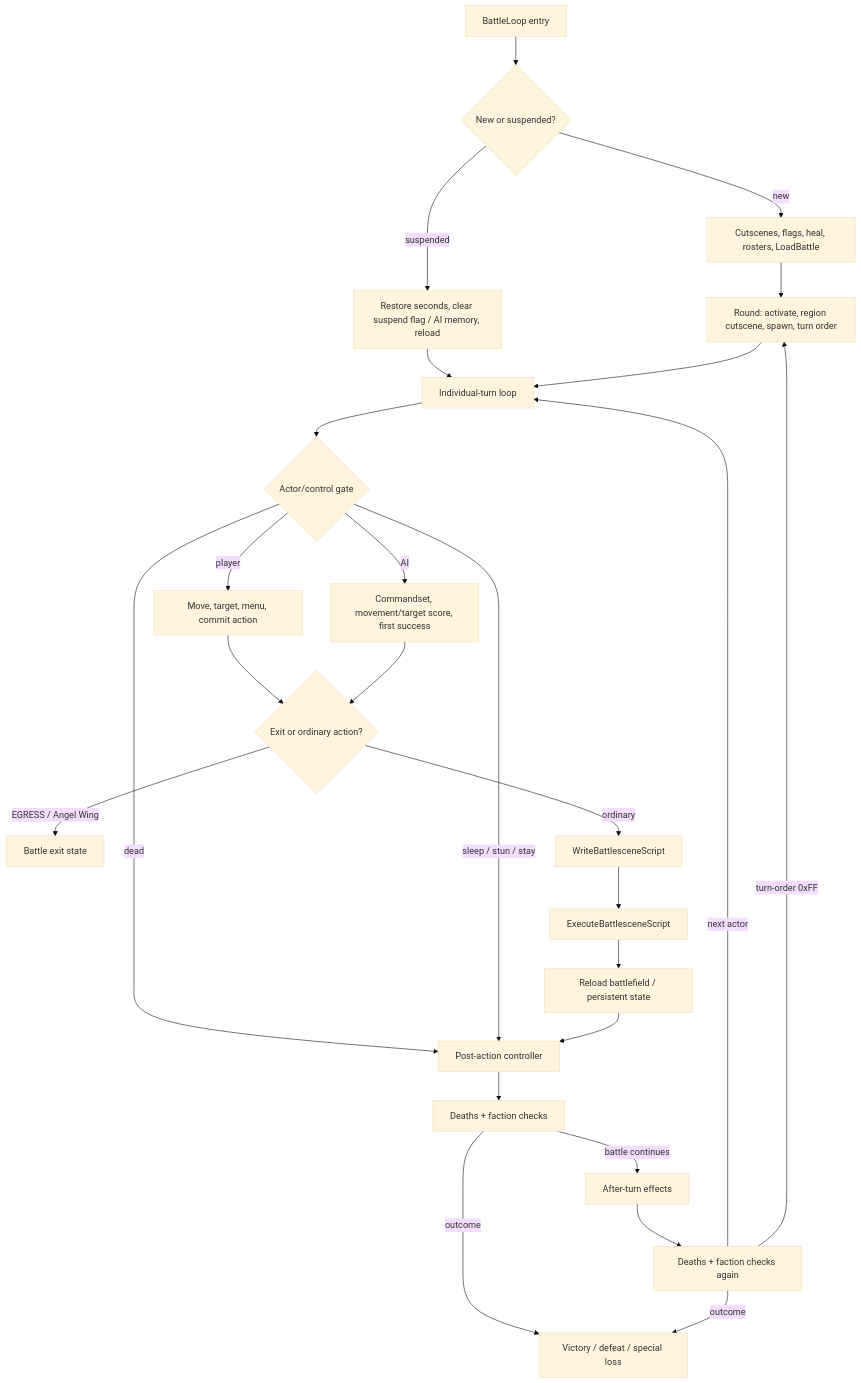
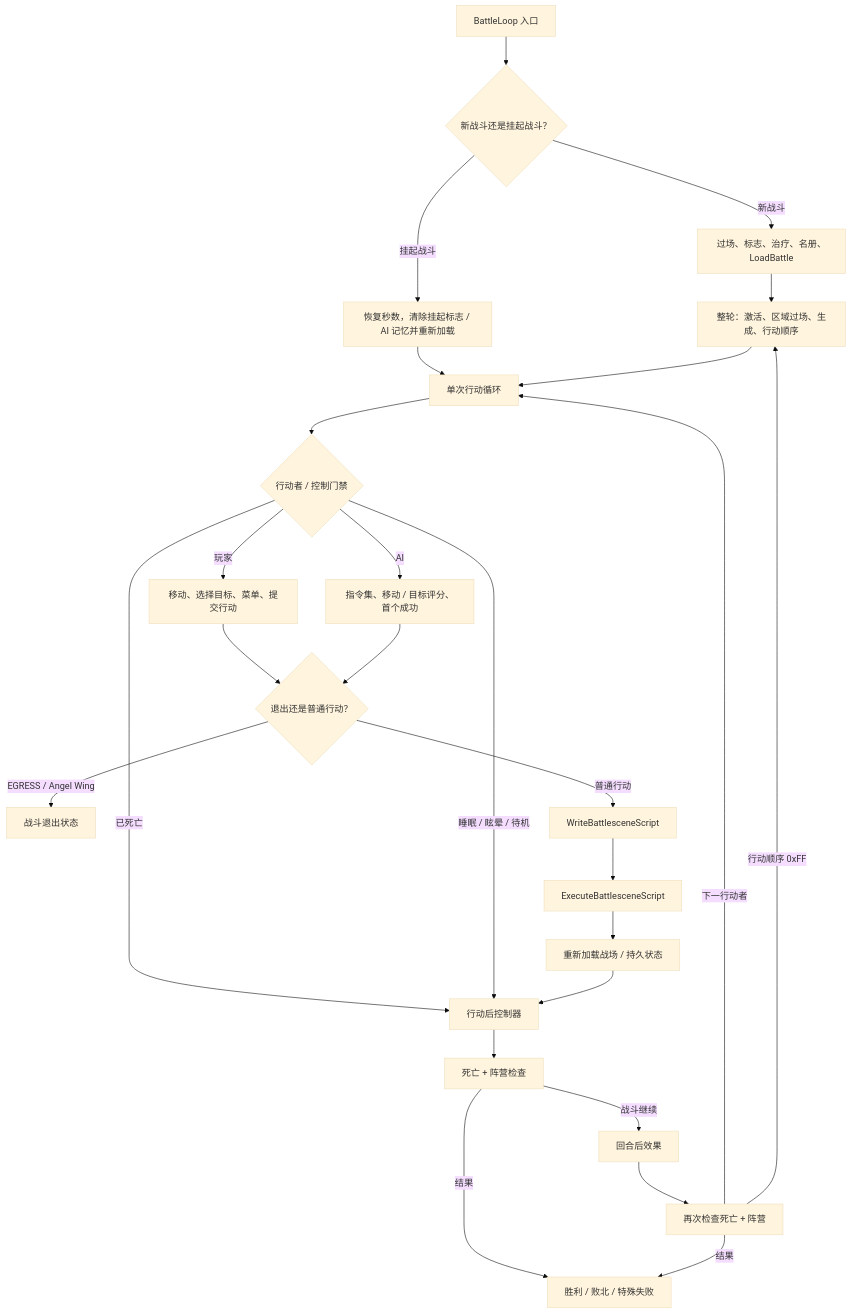
One commit to FrankHZ/md-sf2-reverse-engineering changed the diagram in docs/design/zh-CN/tactical-battle-loop.md. Above: the diagram before and after it, drawn with Mermaid (base theme). The commit also changed other lines of this file and 15 other files, not shown here.

````diff
--- a/docs/design/zh-CN/tactical-battle-loop.md
+++ b/docs/design/zh-CN/tactical-battle-loop.md
@@ -45,28 +45,28 @@
 ```mermaid
 flowchart TD
-    A["BattleLoop entry"] --> B{"New or suspended?"}
-    B -->|"new"| C["Cutscenes, flags, heal, rosters, LoadBattle"]
-    B -->|"suspended"| D["Restore seconds, clear suspend flag / AI memory, reload"]
-    C --> E["Round: activate, region cutscene, spawn, turn order"]
-    D --> F["Individual-turn loop"]
+    A["BattleLoop 入口"] --> B{"新战斗还是挂起战斗？"}
+    B -->|"新战斗"| C["过场、标志、治疗、名册、LoadBattle"]
+    B -->|"挂起战斗"| D["恢复秒数，清除挂起标志 / AI 记忆并重新加载"]
+    C --> E["整轮：激活、区域过场、生成、行动顺序"]
+    D --> F["单次行动循环"]
     E --> F
-    F --> G{"Actor/control gate"}
-    G -->|"dead"| N["Post-action controller"]
-    G -->|"sleep / stun / stay"| N
-    G -->|"player"| H["Move, target, menu, commit action"]
-    G -->|"AI"| I["Commandset, movement/target score, first success"]
-    H --> J{"Exit or ordinary action?"}
+    F --> G{"行动者 / 控制门禁"}
+    G -->|"已死亡"| N["行动后控制器"]
+    G -->|"睡眠 / 眩晕 / 待机"| N
+    G -->|"玩家"| H["移动、选择目标、菜单、提交行动"]
+    G -->|"AI"| I["指令集、移动 / 目标评分、首个成功"]
+    H --> J{"退出还是普通行动？"}
     I --> J
-    J -->|"EGRESS / Angel Wing"| O["Battle exit state"]
-    J -->|"ordinary"| K["WriteBattlesceneScript"]
+    J -->|"EGRESS / Angel Wing"| O["战斗退出状态"]
+    J -->|"普通行动"| K["WriteBattlesceneScript"]
     K --> L["ExecuteBattlesceneScript"]
-    L --> M["Reload battlefield / persistent state"]
+    L --> M["重新加载战场 / 持久状态"]
     M --> N
-    N --> P["Deaths + faction checks"]
-    P -->|"battle continues"| Q["After-turn effects"]
-    Q --> R["Deaths + faction checks again"]
-    R -->|"next actor"| F
-    R -->|"turn-order 0xFF"| E
-    P -->|"outcome"| S["Victory / defeat / special loss"]
-    R -->|"outcome"| S
+    N --> P["死亡 + 阵营检查"]
+    P -->|"战斗继续"| Q["回合后效果"]
+    Q --> R["再次检查死亡 + 阵营"]
+    R -->|"下一行动者"| F
+    R -->|"行动顺序 0xFF"| E
+    P -->|"结果"| S["胜利 / 败北 / 特殊失败"]
+    R -->|"结果"| S
 ```
````
